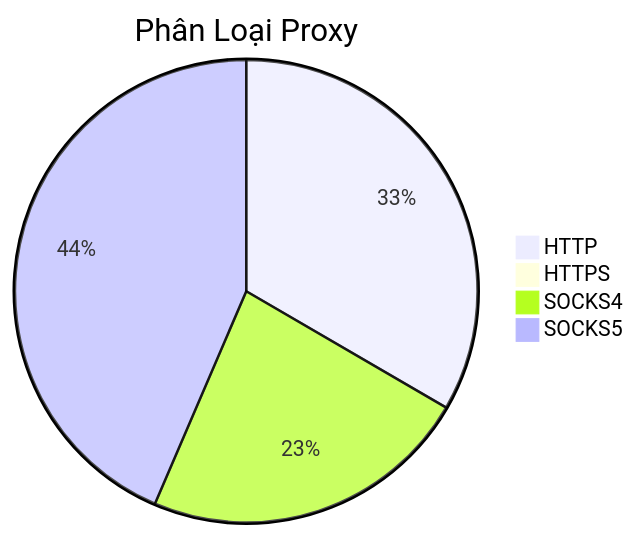
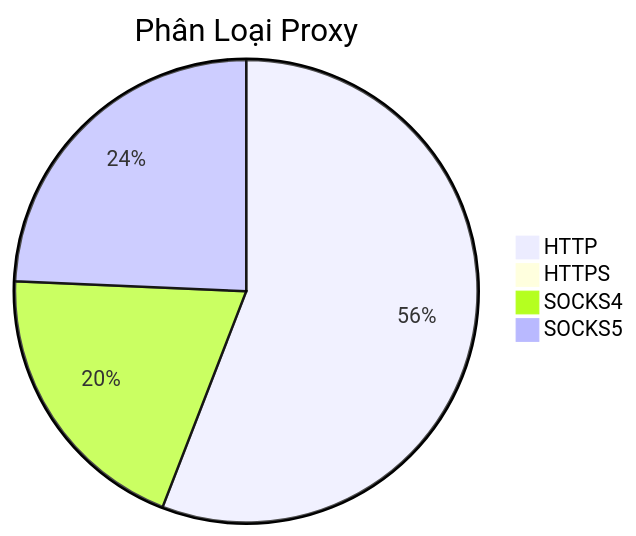
One commit to Ciara-12/PROXY-free changed the diagram in README.md. Above: the diagram before and after it, drawn with Mermaid. The commit also changed other lines of this file and 3 other files, not shown here.

````diff
--- a/README.md
+++ b/README.md
@@ -26,7 +26,7 @@
 ```mermaid
 pie title Phân Loại Proxy
-    "HTTP" : 398
+    "HTTP" : 1016
     "HTTPS" : 0
-    "SOCKS4" : 275
-    "SOCKS5" : 519
+    "SOCKS4" : 360
+    "SOCKS5" : 442
 ```
````
